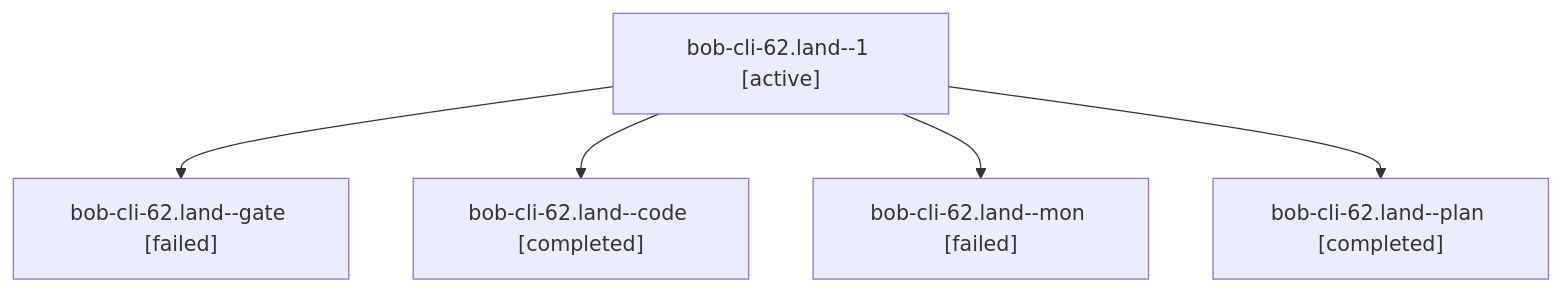
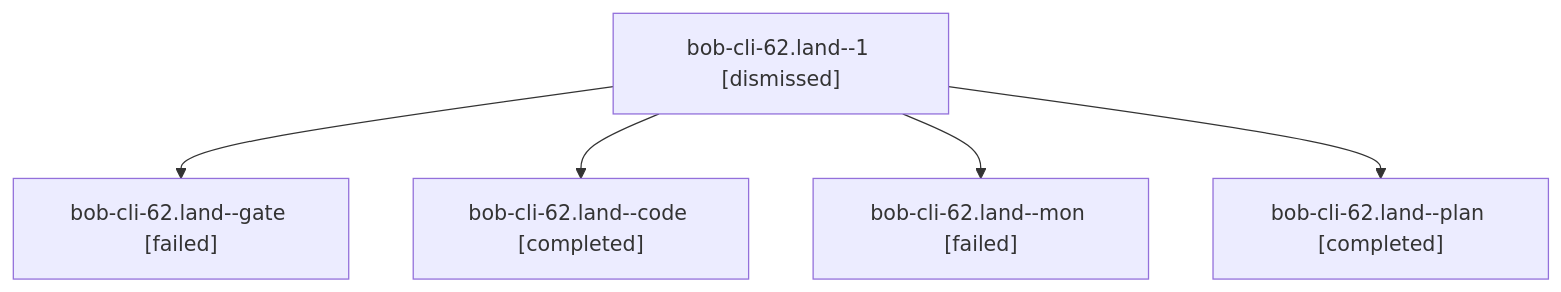
The diagram in sessions/bbugyi200.athena.bob-cli-62.land.md (bobs-org/bob-cli--agents), drawn with Mermaid before and after one commit. The commit also changed other lines of this file and 59 other files, not shown here.

````diff
--- a/sessions/bbugyi200.athena.bob-cli-62.land.md
+++ b/sessions/bbugyi200.athena.bob-cli-62.land.md
@@ -9,12 +9,12 @@
 ```mermaid
 flowchart TD
-  n0["bob-cli-62.land--1 [active]"]
+  n0["bob-cli-62.land--1 [dismissed]"]
   n1["bob-cli-62.land--gate [failed]"]
   n0 --> n1
   n2["bob-cli-62.land--code [completed]"]
   n0 --> n2
   n3["bob-cli-62.land--mon [failed]"]
   n0 --> n3
   n4["bob-cli-62.land--plan [completed]"]
   n0 --> n4
 ```
````
